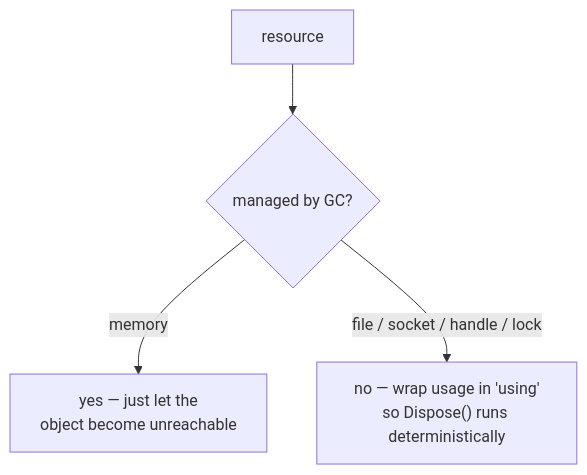
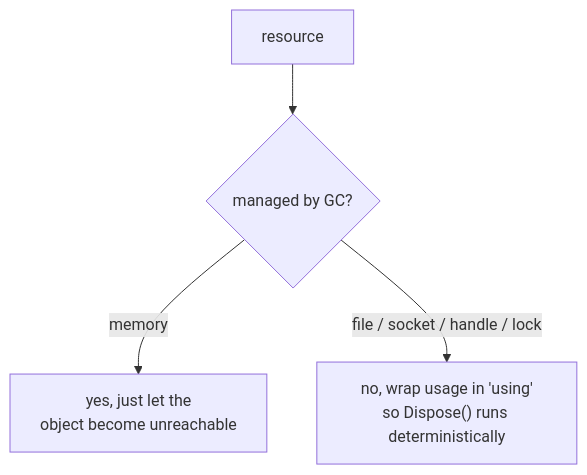
Before and after one commit to dataslope/dataslope: the second of 2 diagrams in content/courses/intro-modern-csharp/resource-management.mdx, drawn with Mermaid. The commit also changed other lines of this file and 1206 other files, not shown here.

````diff
--- a/content/courses/intro-modern-csharp/resource-management.mdx
+++ b/content/courses/intro-modern-csharp/resource-management.mdx
@@ -246,6 +246,6 @@
 ```mermaid
 flowchart TD
     R["resource"] --> M{"managed by GC?"}
-    M -- "memory" --> GC["yes — just let the<br/>object become unreachable"]
-    M -- "file / socket / handle / lock" --> D["no — wrap usage in 'using'<br/>so Dispose() runs deterministically"]
+    M -- "memory" --> GC["yes, just let the<br/>object become unreachable"]
+    M -- "file / socket / handle / lock" --> D["no, wrap usage in 'using'<br/>so Dispose() runs deterministically"]
 ```
````
